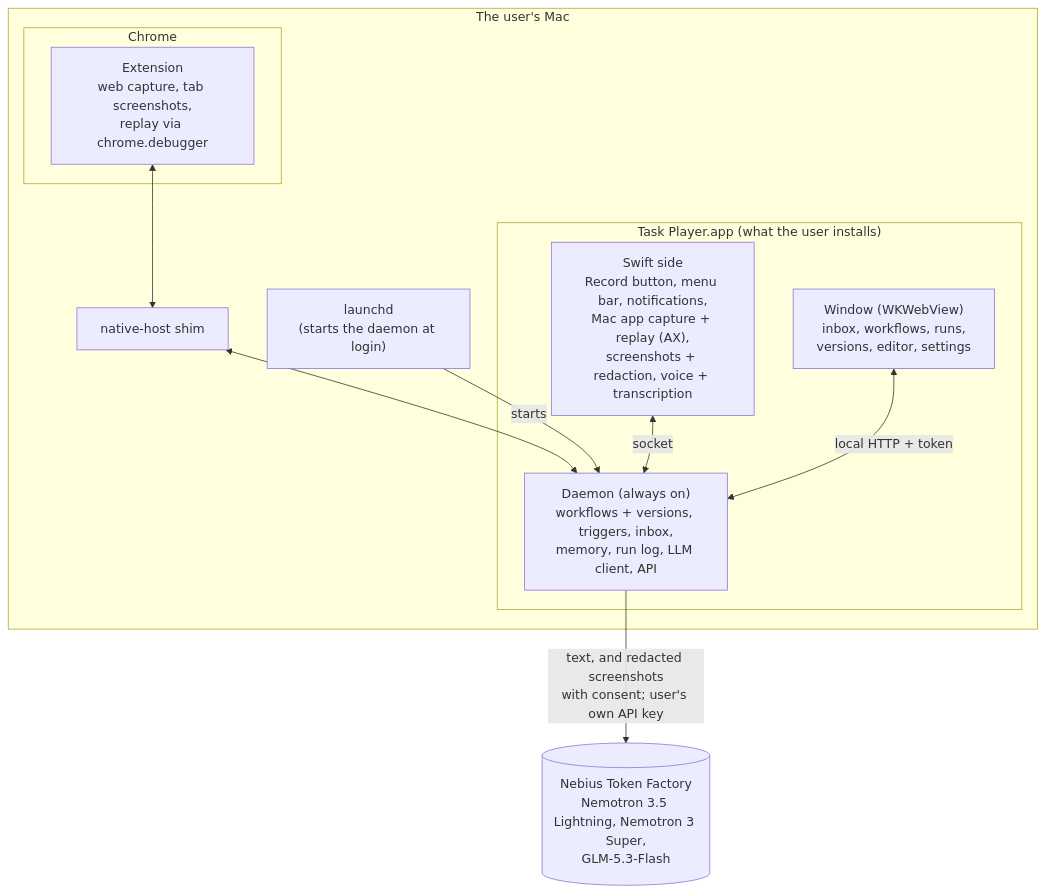
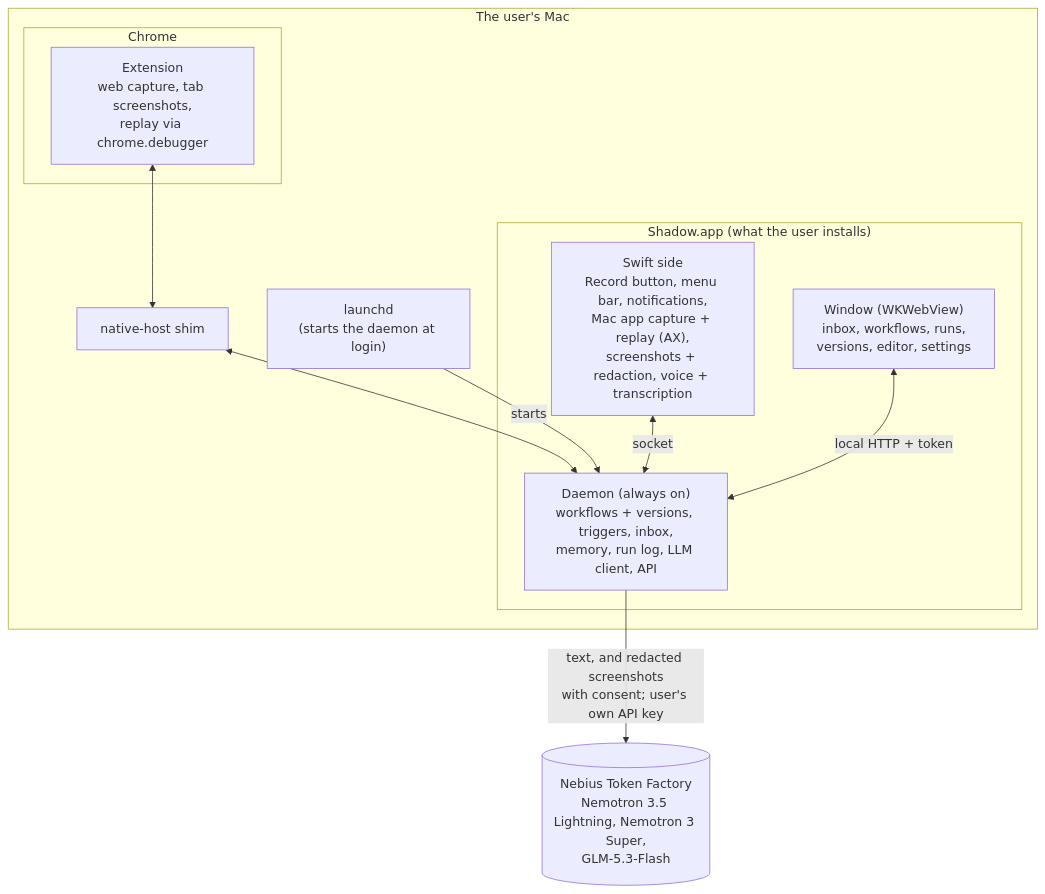
One commit to Akshat-Soni02/nxn-global-ai-hackathon-personal-agent changed the fourth of 4 diagrams in docs/design.md. Above: the diagram before and after it, drawn with Mermaid. The commit also changed other lines of this file and 121 other files, not shown here.

First line of the commit message:
chore: rename the product from Task Player to Shadow

````diff
--- a/docs/design.md
+++ b/docs/design.md
@@ -364,21 +364,21 @@
 ```mermaid
 flowchart TB
   subgraph mac["The user's Mac"]
     L["launchd<br/>(starts the daemon at login)"]
-    subgraph app["Task Player.app (what the user installs)"]
+    subgraph app["Shadow.app (what the user installs)"]
       D["Daemon (always on)<br/>workflows + versions, triggers, inbox,<br/>memory, run log, LLM client, API"]
       A["Swift side<br/>Record button, menu bar, notifications,<br/>Mac app capture + replay (AX),<br/>screenshots + redaction, voice + transcription"]
       W["Window (WKWebView)<br/>inbox, workflows, runs,<br/>versions, editor, settings"]
     end
     subgraph chrome["Chrome"]
       X["Extension<br/>web capture, tab screenshots,<br/>replay via chrome.debugger"]
     end
     S["native-host shim"]
   end
   N[("Nebius Token Factory<br/>Nemotron 3.5 Lightning, Nemotron 3 Super,<br/>GLM-5.3-Flash")]
   X <--> S <--> D
   L -- starts --> D
   A <-- socket --> D
   W <-- "local HTTP + token" --> D
   D -- "text, and redacted screenshots<br/>with consent; user's own API key" --> N
 ```
````
